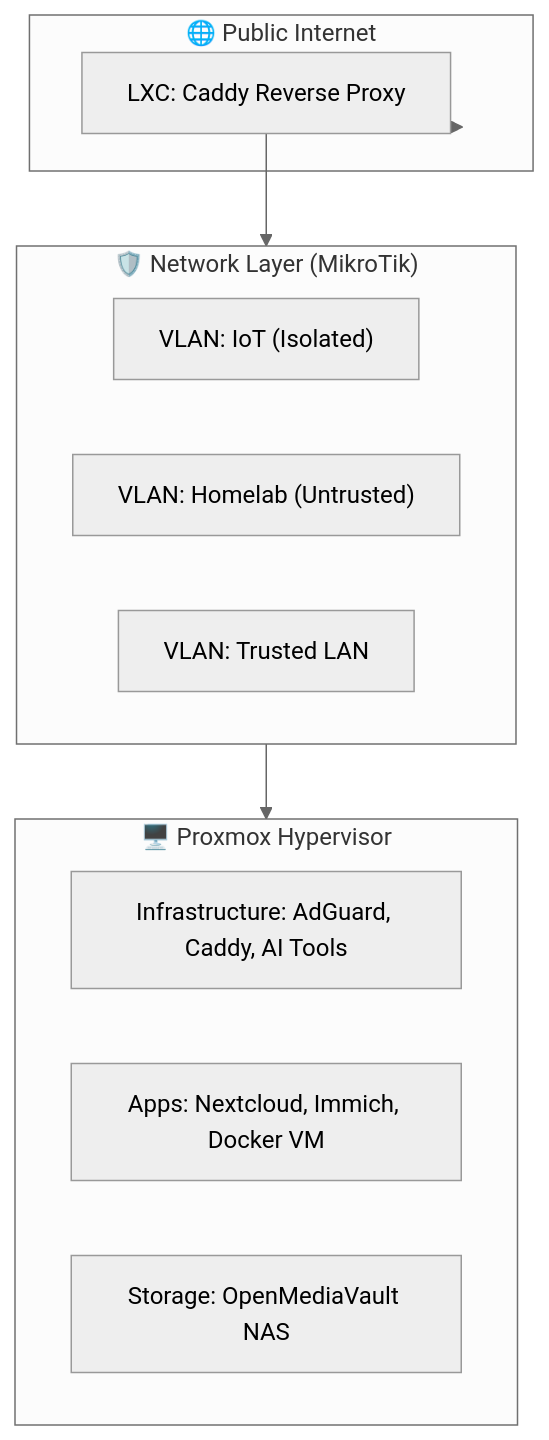
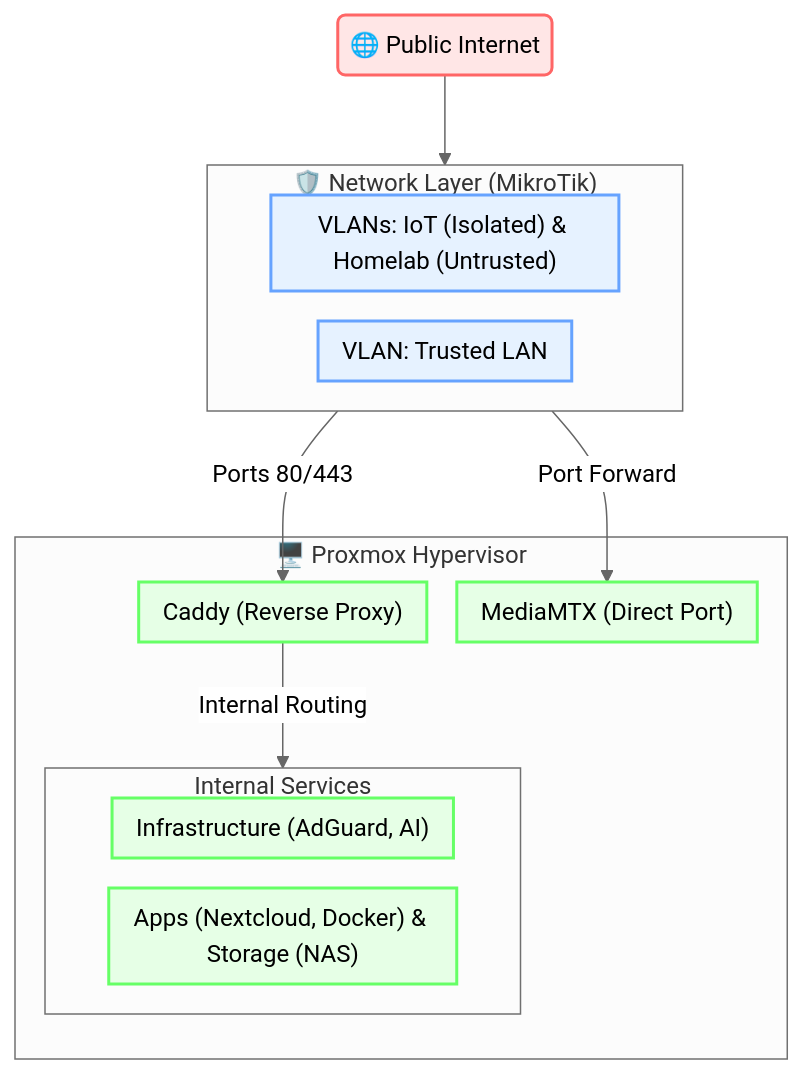
Before and after one commit to KnPk11/homelab: the diagram in README.md, drawn with Mermaid (neutral theme). The commit also changed other lines of this file, not shown here.

````diff
--- a/README.md
+++ b/README.md
@@ -10,22 +18,34 @@
 ```mermaid
-graph TD
-    subgraph WAN["🌐 Public Internet"]
-        Caddy["LXC: Caddy Reverse Proxy"]
-    end
+flowchart TD
+    %%{init: {"flowchart": {"padding": 8, "nodeSpacing": 20, "rankSpacing": 60}}}%%
+    
+    WAN("🌐 Public Internet")
     
     subgraph Network["🛡️ Network Layer (MikroTik)"]
-        VLAN_IOT["VLAN: IoT (Isolated)"]
-        VLAN_LAB["VLAN: Homelab (Untrusted)"]
+        VLAN_MIX["VLANs: IoT (Isolated) & Homelab (Untrusted)"]
         VLAN_LAN["VLAN: Trusted LAN"]
     end
 
     subgraph Compute["🖥️ Proxmox Hypervisor"]
-        L1[Infrastructure: AdGuard, Caddy, AI Tools]
-        L2[Apps: Nextcloud, Immich, Docker VM]
-        L3[Storage: OpenMediaVault NAS]
+        Caddy["Caddy (Reverse Proxy)"]
+        MediaMTX["MediaMTX (Direct Port)"]
+        
+        subgraph Services["Internal Services"]
+            L1["Infrastructure (AdGuard, AI)"]
+            L2_3["Apps (Nextcloud, Docker) & Storage (NAS)"]
+        end
     end
 
-    WAN --> Caddy
-    Caddy --> Network
-    Network --> Compute
+    WAN --> Network
+    Network -->|Ports 80/443| Caddy
+    Network -->|Port Forward| MediaMTX
+    Caddy -->|Internal Routing| Services
+
+    classDef wanLayer fill:#ffe6e6,stroke:#ff6666,stroke-width:2px,color:#000;
+    classDef netLayer fill:#e6f2ff,stroke:#66a3ff,stroke-width:2px,color:#000;
+    classDef compLayer fill:#e6ffe6,stroke:#66ff66,stroke-width:2px,color:#000;
+
+    class WAN wanLayer;
+    class VLAN_MIX,VLAN_LAN netLayer;
+    class Caddy,MediaMTX,L1,L2_3 compLayer;
 ```
````
